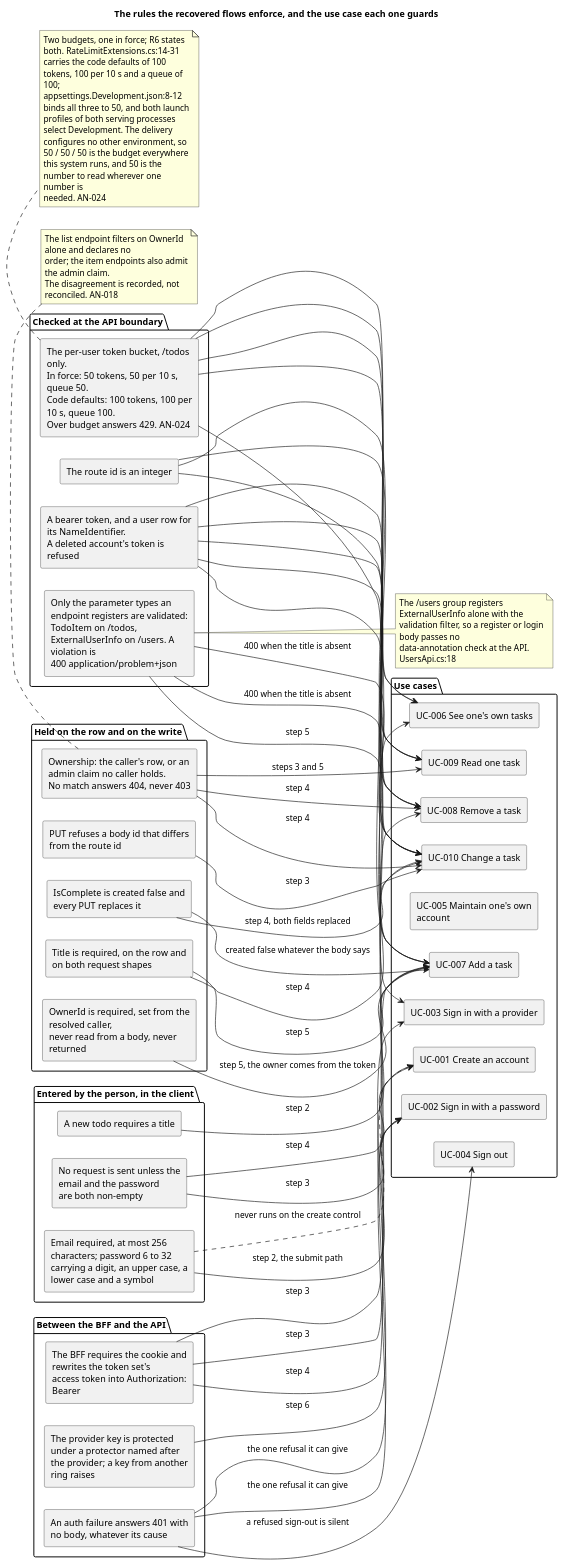
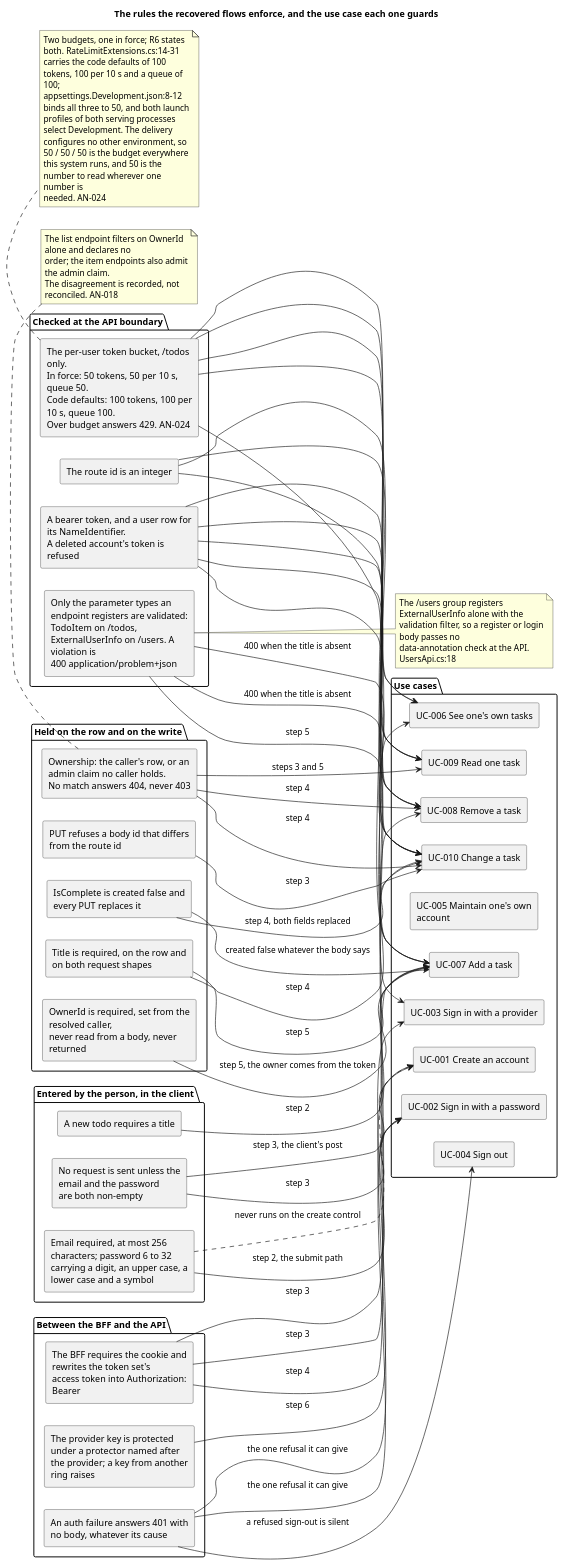
One commit to banense-test/TodoApp changed the third of 3 diagrams in docs/artifacts/requirements/use-case-model.md. Above: the diagram before and after it, drawn with PlantUML. The commit also changed other lines of this file, not shown here.

```diff
--- a/docs/artifacts/requirements/use-case-model.md
+++ b/docs/artifacts/requirements/use-case-model.md
@@ -274,7 +274,7 @@
 
 R1 --> U2 : step 2, the submit path
 R1 ..> U1 : never runs on the create control
-R2 --> U1 : step 4
+R2 --> U1 : step 3, the client's post
 R2 --> U2 : step 3
 R3 --> U7 : step 2
 R4 --> U3 : step 5
```
